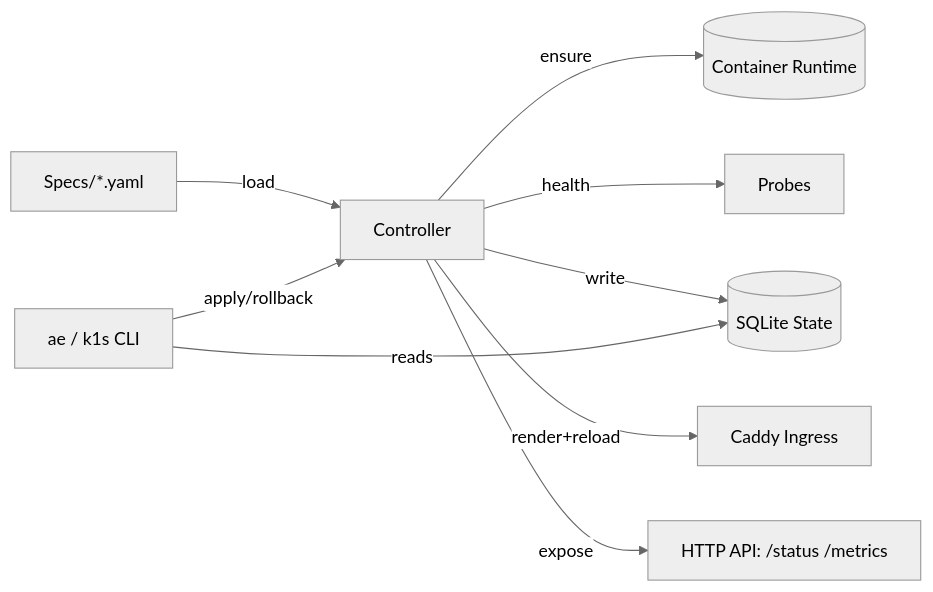
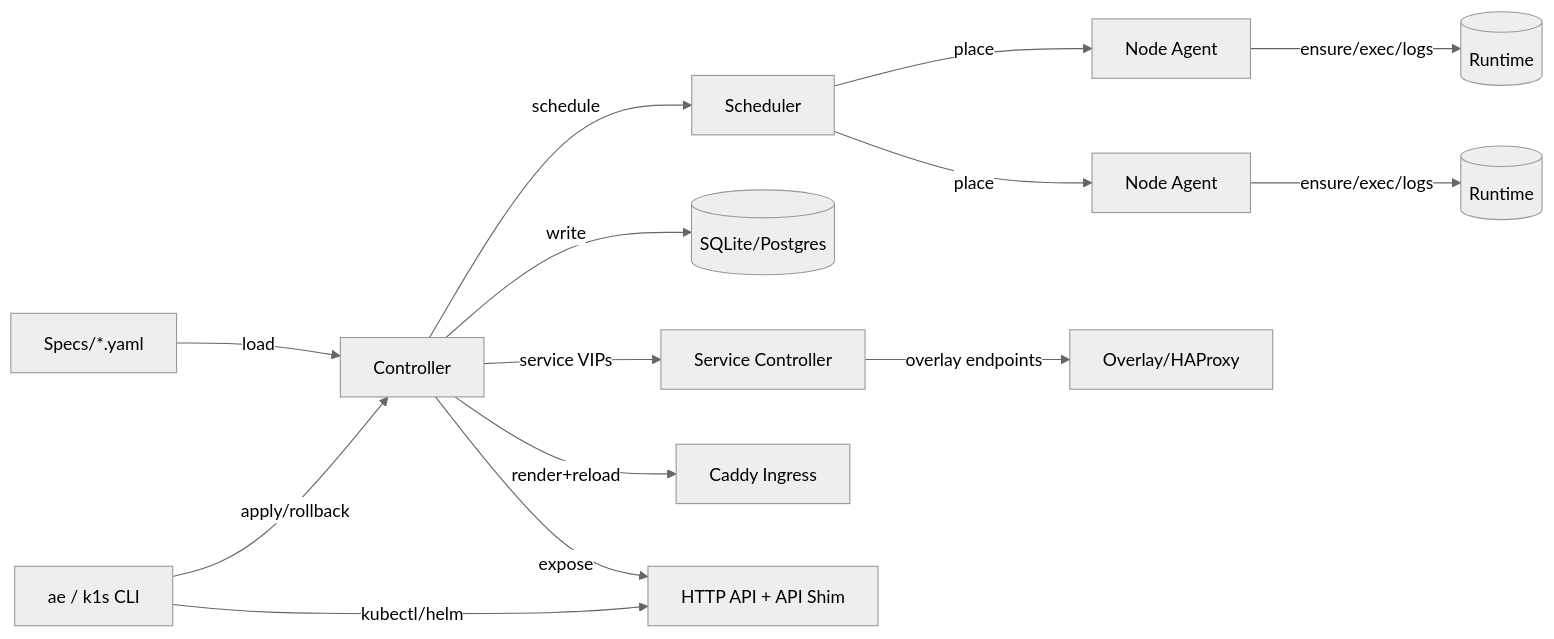
One commit to the-cm-collective/k1s changed the diagram in docs/overview.md. Above: the diagram before and after it, drawn with Mermaid (neutral theme). The commit also changed other lines of this file and 39 other files, not shown here.

````diff
--- a/docs/overview.md
+++ b/docs/overview.md
@@ -35,11 +35,16 @@
 ```mermaid
 flowchart LR
   A[Specs/*.yaml] -->|load| C[Controller]
-  C -->|ensure| R[(Container Runtime)]
-  C -->|health| H[Probes]
-  C -->|write| S[(SQLite State)]
+  C -->|schedule| SCH[Scheduler]
+  SCH -->|place| N1[Node Agent]
+  SCH -->|place| N2[Node Agent]
+  C -->|write| S[(SQLite/Postgres)]
+  C -->|service VIPs| SV[Service Controller]
+  SV -->|overlay endpoints| O[Overlay/HAProxy]
   C -->|render+reload| I[Caddy Ingress]
-  C -->|expose| API[HTTP API: /status /metrics]
-  CLI[ae / k1s CLI] -->|reads| S
-  CLI -->|apply/rollback| C
+  N1 -->|ensure/exec/logs| R1[(Runtime)]
+  N2 -->|ensure/exec/logs| R2[(Runtime)]
+  C -->|expose| API[HTTP API + API Shim]
+  CLI[ae / k1s CLI] -->|apply/rollback| C
+  CLI -->|kubectl/helm| API
 ```
````
